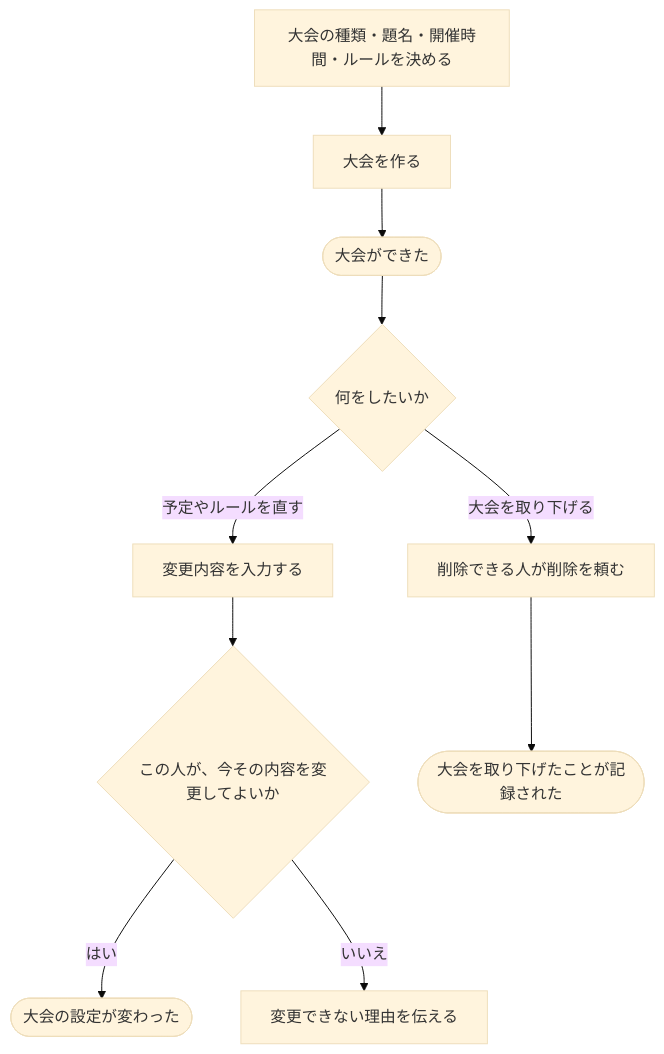
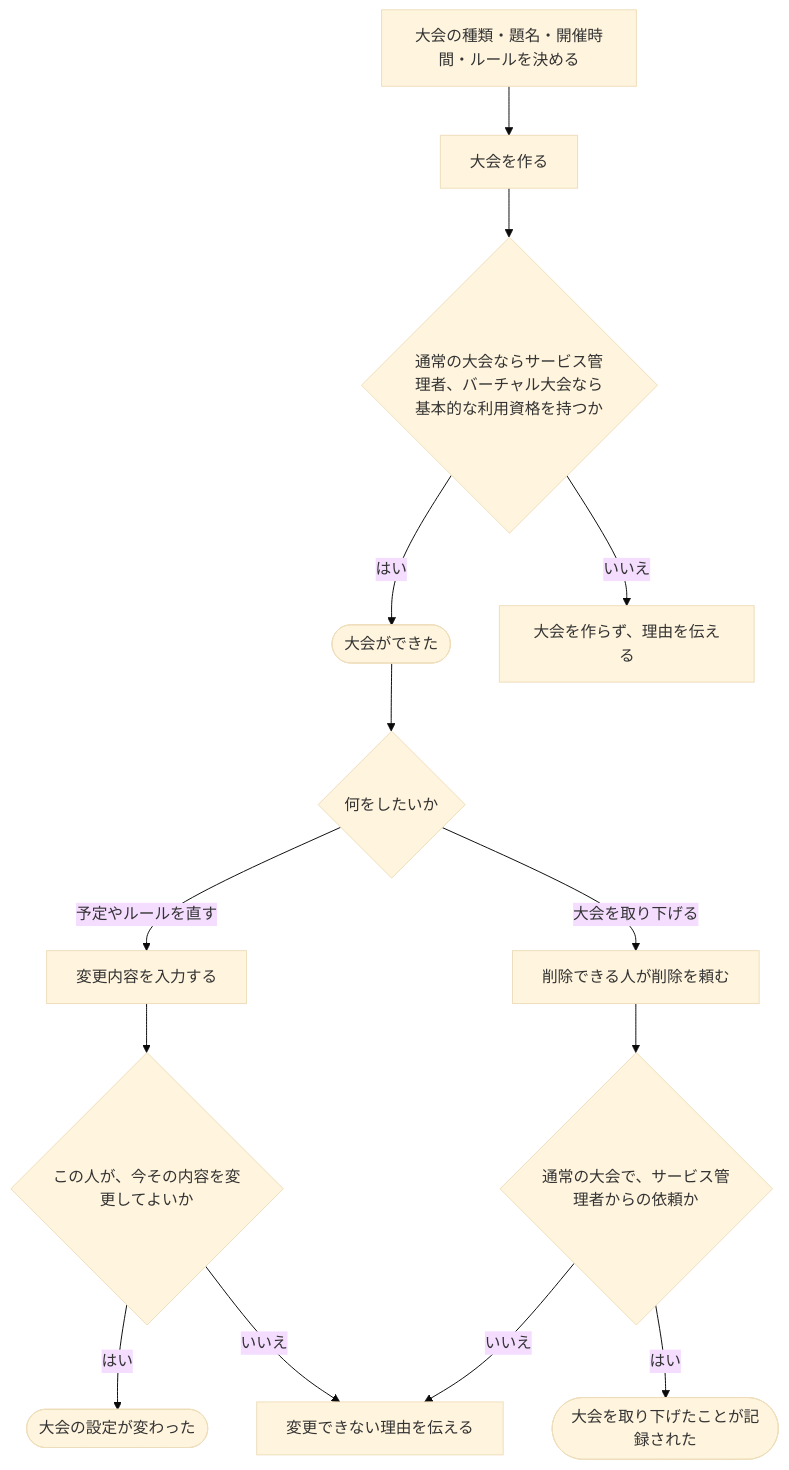
One commit to traP-jp/traOJudge changed the diagram in docs/requirements/scenarios/contests/organize-contest.md. Above: the diagram before and after it, drawn with Mermaid (base theme). The commit also changed other lines of this file and 58 other files, not shown here.

````diff
--- a/docs/requirements/scenarios/contests/organize-contest.md
+++ b/docs/requirements/scenarios/contests/organize-contest.md
@@ -15,12 +28,16 @@
 ```mermaid
 flowchart TD
     A["大会の種類・題名・開催時間・ルールを決める"] --> B["大会を作る"]
-    B --> C(["大会ができた"])
+    B --> BX{"通常の大会ならサービス管理者、バーチャル大会なら基本的な利用資格を持つか"}
+    BX -->|はい| C(["大会ができた"])
+    BX -->|いいえ| BY["大会を作らず、理由を伝える"]
     C --> D{"何をしたいか"}
     D -->|予定やルールを直す| E["変更内容を入力する"]
     E --> F{"この人が、今その内容を変更してよいか"}
     F -->|はい| G(["大会の設定が変わった"])
     F -->|いいえ| H["変更できない理由を伝える"]
     D -->|大会を取り下げる| I["削除できる人が削除を頼む"]
-    I --> J(["大会を取り下げたことが記録された"])
+    I --> IX{"通常の大会で、サービス管理者からの依頼か"}
+    IX -->|はい| J(["大会を取り下げたことが記録された"])
+    IX -->|いいえ| H
 ```
````
